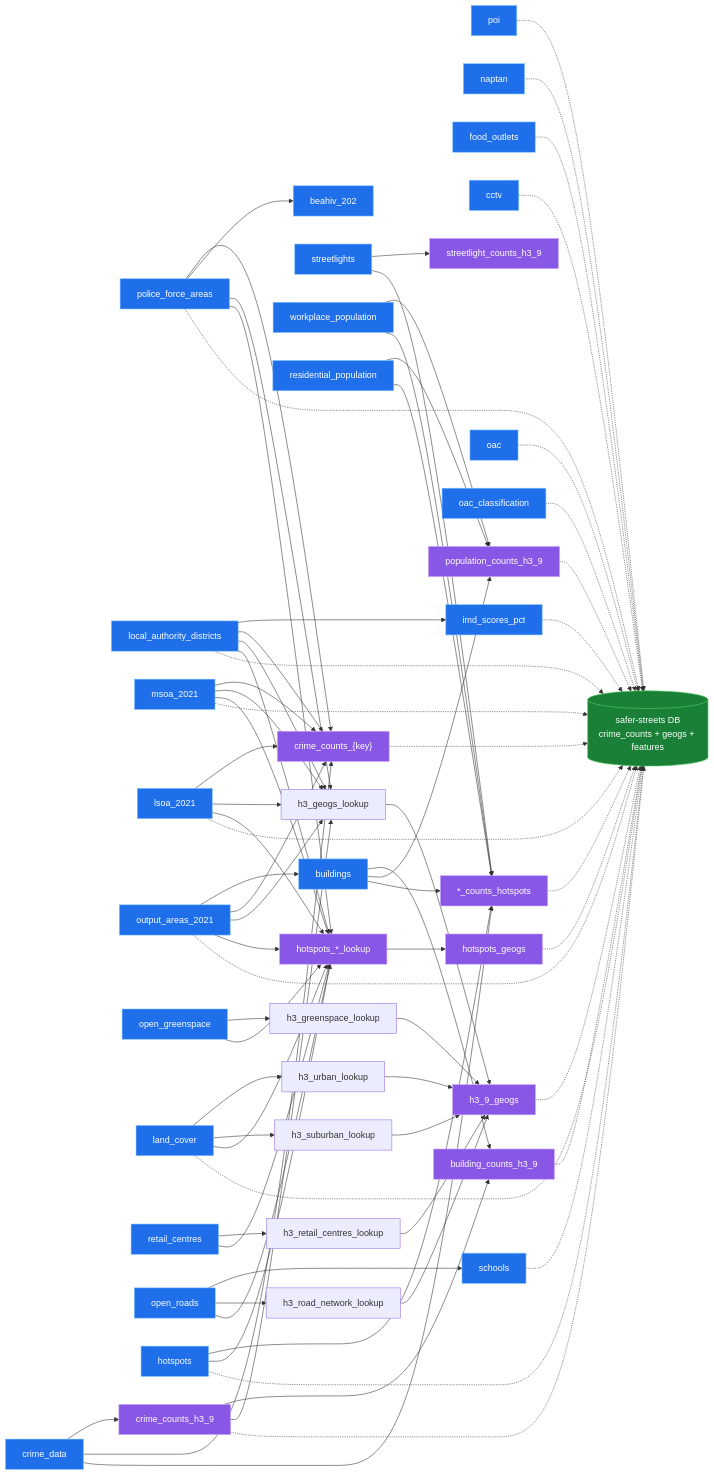
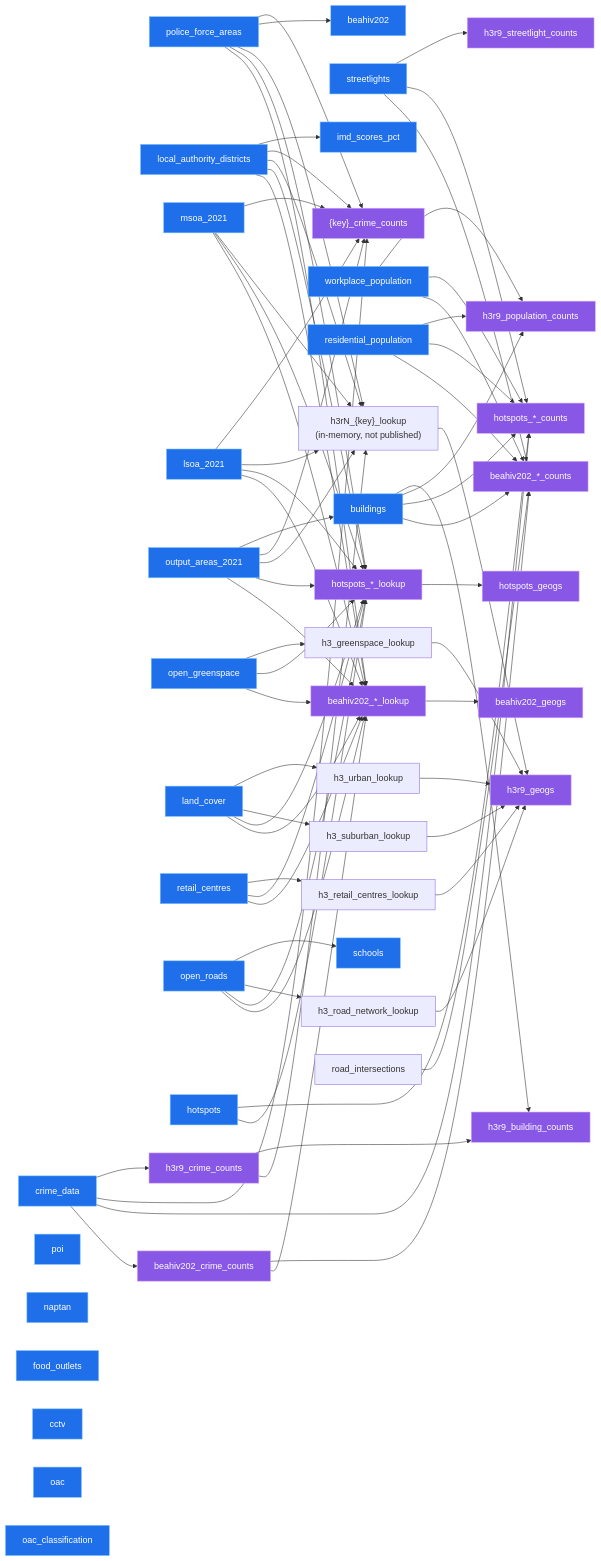
Before and after one commit to safer-streets/safer-streets-tooling: the diagram in README.md, drawn with Mermaid. The commit also changed other lines of this file and 54 other files, not shown here.

First line of the commit message:
Add the BEAHIV grid as a third spatial unit (crime counts + geogs) (#18)

````diff
--- a/README.md
+++ b/README.md
@@ -83,27 +99,30 @@
    oac_classification
    workplace_population
    residential_population
-   beahiv_202
+   beahiv202
    hotspots
 
-   crime_counts_h3_9
-   crime_counts_geog["crime_counts_{key}"]
-   streetlight_counts_h3_9
-   building_counts_h3_9
-   population_counts_h3_9
-   h3_geogs_lookup
+   h3r9_crime_counts
+   geog_crime_counts["{key}_crime_counts"]
+   h3r9_streetlight_counts
+   h3r9_building_counts
+   h3r9_population_counts
+   h3_geogs_lookup["h3rN_{key}_lookup<br/>(in-memory, not published)"]
    h3_greenspace_lookup
    h3_urban_lookup
    h3_suburban_lookup
    h3_road_network_lookup
    h3_retail_centres_lookup
-   h3_9_geogs
-   hotspot_counts["*_counts_hotspots"]
+   h3r9_geogs
+   hotspot_counts["hotspots_*_counts"]
    hotspot_lookups["hotspots_*_lookup"]
    hotspots_geogs
+   beahiv202_crime_counts
+   beahiv_counts_other["beahiv202_*_counts"]
+   beahiv_lookups["beahiv202_*_lookup"]
+   beahiv202_geogs
 
    direction LR
-   database[("safer-streets DB<br/>crime_counts + geogs + features")]
 
     %% extract edges
     open_roads --> schools
@@ -111,21 +130,21 @@
     output_areas_2021 --> buildings
 
     %% transform edges
-    crime_data --> crime_counts_h3_9
-    crime_data --> crime_counts_geog
-    police_force_areas --> crime_counts_geog
-    local_authority_districts --> crime_counts_geog
-    msoa_2021 --> crime_counts_geog
-    lsoa_2021 --> crime_counts_geog
-    output_areas_2021 --> crime_counts_geog
-    streetlights --> streetlight_counts_h3_9
-    buildings --> building_counts_h3_9
-    crime_counts_h3_9 --> building_counts_h3_9
-    buildings --> population_counts_h3_9
-    workplace_population --> population_counts_h3_9
-    residential_population --> population_counts_h3_9
-    police_force_areas --> beahiv_202
-    crime_counts_h3_9 --> h3_geogs_lookup
+    crime_data --> h3r9_crime_counts
+    crime_data --> geog_crime_counts
+    police_force_areas --> geog_crime_counts
+    local_authority_districts --> geog_crime_counts
+    msoa_2021 --> geog_crime_counts
+    lsoa_2021 --> geog_crime_counts
+    output_areas_2021 --> geog_crime_counts
+    streetlights --> h3r9_streetlight_counts
+    buildings --> h3r9_building_counts
+    h3r9_crime_counts --> h3r9_building_counts
+    buildings --> h3r9_population_counts
+    workplace_population --> h3r9_population_counts
+    residential_population --> h3r9_population_counts
+    police_force_areas --> beahiv202
+    h3r9_crime_counts --> h3_geogs_lookup
     police_force_areas --> h3_geogs_lookup
     local_authority_districts --> h3_geogs_lookup
     msoa_2021 --> h3_geogs_lookup
@@ -136,12 +155,12 @@
     land_cover --> h3_suburban_lookup
     open_roads --> h3_road_network_lookup
     retail_centres --> h3_retail_centres_lookup
-    h3_geogs_lookup --> h3_9_geogs
-    h3_greenspace_lookup --> h3_9_geogs
-    h3_urban_lookup --> h3_9_geogs
-    h3_suburban_lookup --> h3_9_geogs
-    h3_road_network_lookup --> h3_9_geogs
-    h3_retail_centres_lookup --> h3_9_geogs
+    h3_geogs_lookup --> h3r9_geogs
+    h3_greenspace_lookup --> h3r9_geogs
+    h3_urban_lookup --> h3r9_geogs
+    h3_suburban_lookup --> h3r9_geogs
+    h3_road_network_lookup --> h3r9_geogs
+    h3_retail_centres_lookup --> h3r9_geogs
 
     %% transform edges: the same relations on the hotspot hexes (their own grid, so no crime_counts edge)
     hotspots --> hotspot_counts
@@ -162,35 +181,29 @@
     retail_centres --> hotspot_lookups
     hotspot_lookups --> hotspots_geogs
 
-    %% load edges (optional): minimal DB = crime counts + geogs + ONS boundary tables + feature layers; --include adds more
-    crime_counts_h3_9 -.-> database
-    crime_counts_geog -.-> database
-    building_counts_h3_9 -.-> database
-    population_counts_h3_9 -.-> database
-    h3_9_geogs -.-> database
-    hotspot_counts -.-> database
-    hotspots_geogs -.-> database
-    hotspots -.-> database
-    police_force_areas -.-> database
-    local_authority_districts -.-> database
-    msoa_2021 -.-> database
-    lsoa_2021 -.-> database
-    output_areas_2021 -.-> database
-    schools -.-> database
-    poi -.-> database
-    naptan -.-> database
-    food_outlets -.-> database
-    cctv -.-> database
-    imd_scores_pct -.-> database
-    land_cover -.-> database
-    oac -.-> database
-    oac_classification -.-> database
+    %% transform edges: the same relations on the BEAHIV grid (its cells come from its own counts)
+    crime_data --> beahiv202_crime_counts
+    beahiv202_crime_counts --> beahiv_counts_other
+    streetlights --> beahiv_counts_other
+    buildings --> beahiv_counts_other
+    workplace_population --> beahiv_counts_other
+    residential_population --> beahiv_counts_other
+    road_intersections --> beahiv_counts_other
+    beahiv202_crime_counts --> beahiv_lookups
+    police_force_areas --> beahiv_lookups
+    local_authority_districts --> beahiv_lookups
+    msoa_2021 --> beahiv_lookups
+    lsoa_2021 --> beahiv_lookups
+    output_areas_2021 --> beahiv_lookups
+    open_greenspace --> beahiv_lookups
+    land_cover --> beahiv_lookups
+    open_roads --> beahiv_lookups
+    retail_centres --> beahiv_lookups
+    beahiv_lookups --> beahiv202_geogs
 
     %% colour by phase, tuned for dark backgrounds (white text on saturated fills, light strokes)
     classDef extract fill:#1f6feb,stroke:#79c0ff,stroke-width:1px,color:#ffffff;
     classDef transform fill:#8957e5,stroke:#d2a8ff,stroke-width:1px,color:#ffffff;
-    classDef load fill:#1a7f37,stroke:#56d364,stroke-width:1px,color:#ffffff;
-    class crime_data,police_force_areas,local_authority_districts,msoa_2021,lsoa_2021,output_areas_2021,open_greenspace,land_cover,buildings,retail_centres,open_roads,poi,naptan,food_outlets,streetlights,cctv,schools,imd_scores_pct,oac,oac_classification,workplace_population,residential_population,beahiv_202,hotspots extract;
-    class crime_counts_h3_9,crime_counts_geog,streetlight_counts_h3_9,building_counts_h3_9,population_counts_h3_9,h3_9_geogs,hotspot_counts,hotspot_lookups,hotspots_geogs transform;
-    class database load;
+    class crime_data,police_force_areas,local_authority_districts,msoa_2021,lsoa_2021,output_areas_2021,open_greenspace,land_cover,buildings,retail_centres,open_roads,poi,naptan,food_outlets,streetlights,cctv,schools,imd_scores_pct,oac,oac_classification,workplace_population,residential_population,beahiv202,hotspots extract;
+    class h3r9_crime_counts,geog_crime_counts,beahiv_counts_other,h3r9_streetlight_counts,h3r9_building_counts,h3r9_population_counts,h3r9_geogs,hotspot_counts,hotspot_lookups,hotspots_geogs,beahiv202_crime_counts,beahiv_lookups,beahiv202_geogs transform;
 ```
````
